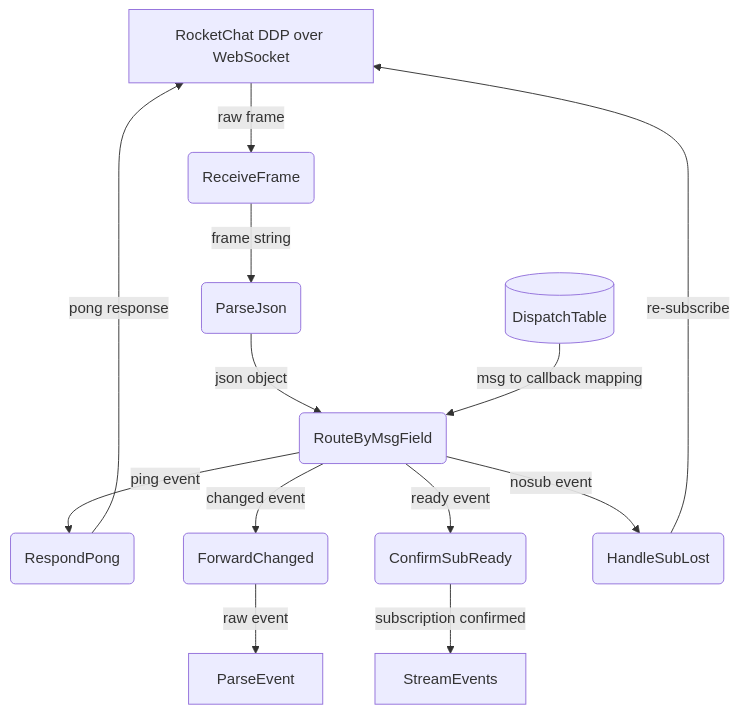
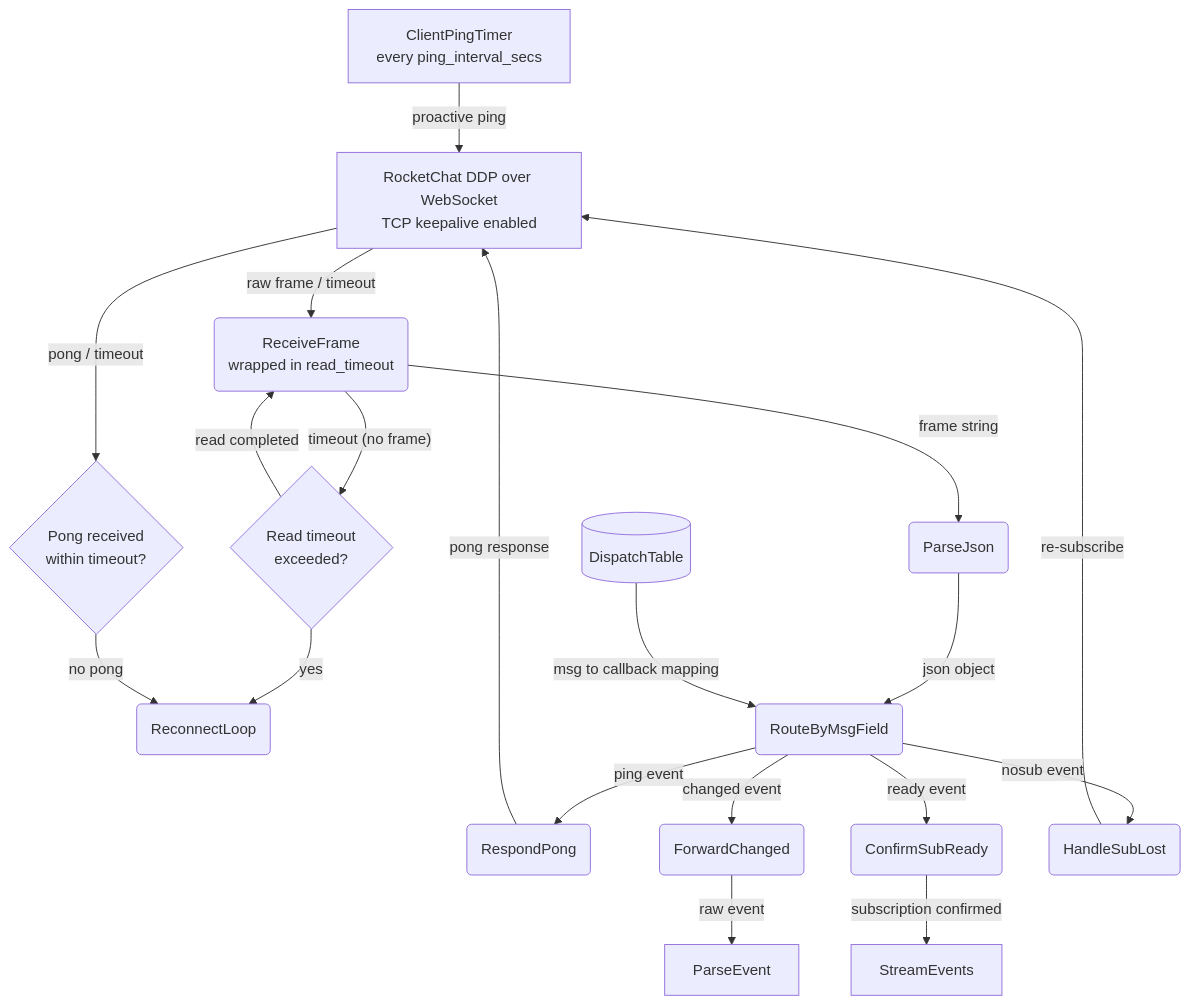
The fifth of 7 diagrams in _dfd/infra/rocketchat.md (cosmoswafer/rockbot), drawn with Mermaid before and after one commit. The commit also changed other lines of this file and 16 other files, not shown here.

````diff
--- a/_dfd/infra/rocketchat.md
+++ b/_dfd/infra/rocketchat.md
@@ -201,25 +214,35 @@
 ```mermaid
 flowchart TD
-    WS[RocketChat DDP over WebSocket]
-    RECV(ReceiveFrame)
+    WS[RocketChat DDP over WebSocket<br/>TCP keepalive enabled]
+    CLI_PING[ClientPingTimer<br/>every ping_interval_secs]
+    PONG_TIMEOUT{Pong received<br/>within timeout?}
+    RECONNECT(ReconnectLoop)
+    RECV(ReceiveFrame<br/>wrapped in read_timeout)
     PARSE(ParseJson)
     ROUTE(RouteByMsgField)
     CMD[(DispatchTable)]
     PONG(RespondPong)
     FORWARD(ForwardChanged)
     ACK_READY(ConfirmSubReady)
     ACK_NOSUB(HandleSubLost)
+    READ_TIMEOUT{Read timeout<br/>exceeded?}
 
-    WS -->|"raw frame"| RECV
+    WS -->|"raw frame / timeout"| RECV
+    RECV -->|"timeout (no frame)"| READ_TIMEOUT
+    READ_TIMEOUT -->|"yes"| RECONNECT
+    READ_TIMEOUT -->|"read completed"| RECV
     RECV -->|"frame string"| PARSE
     PARSE -->|"json object"| ROUTE
     CMD -->|"msg to callback mapping"| ROUTE
     ROUTE -->|"ping event"| PONG
     PONG -->|"pong response"| WS
     ROUTE -->|"changed event"| FORWARD
     FORWARD -->|"raw event"| PARSE_PROC[ParseEvent]
     ROUTE -->|"ready event"| ACK_READY
     ACK_READY -->|"subscription confirmed"| STREAM_PROC[StreamEvents]
     ROUTE -->|"nosub event"| ACK_NOSUB
     ACK_NOSUB -->|"re-subscribe"| WS
+    CLI_PING -->|"proactive ping"| WS
+    WS -->|"pong / timeout"| PONG_TIMEOUT
+    PONG_TIMEOUT -->|"no pong"| RECONNECT
 ```
````
